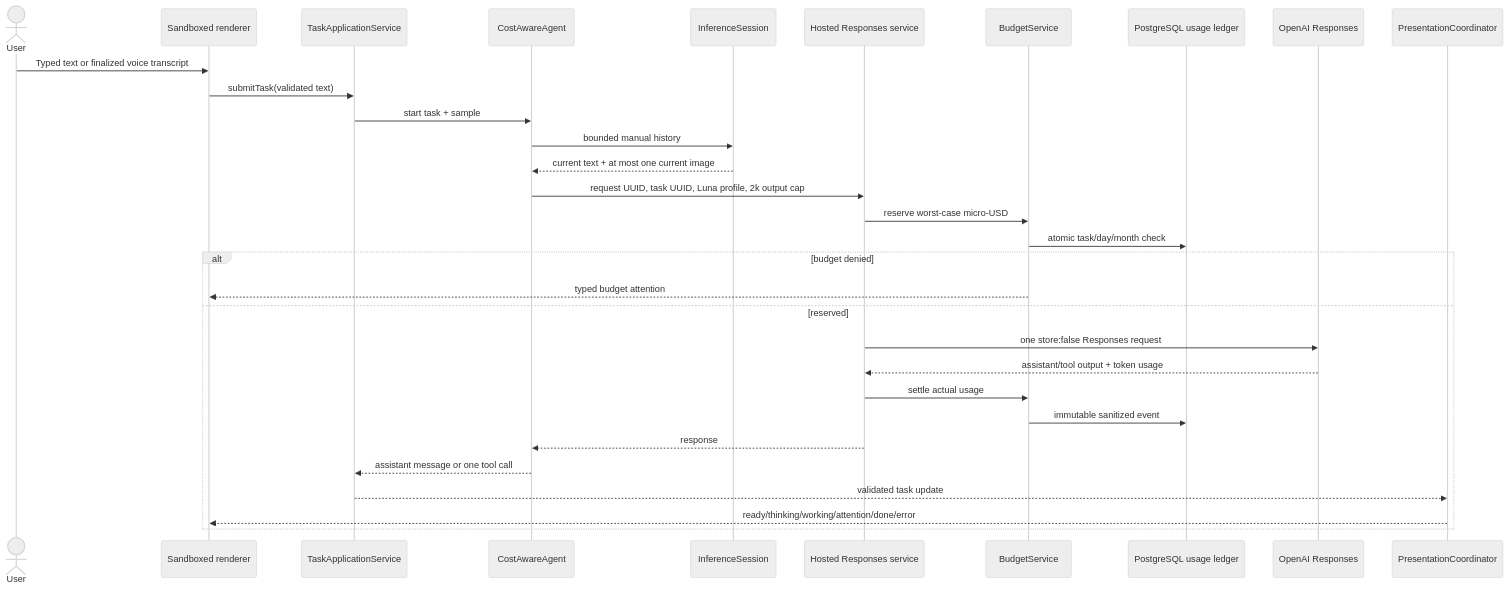
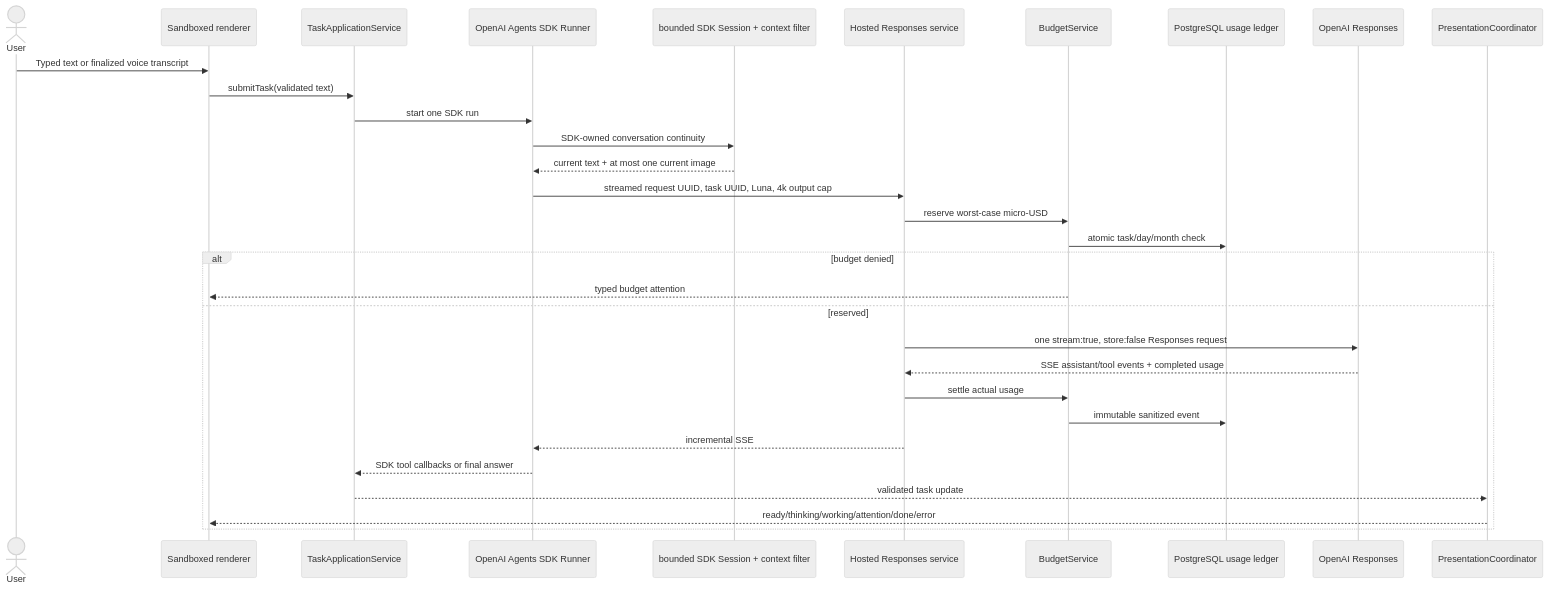
The first of 2 diagrams in docs/inference-cost-lifecycle.md (ducnguyen67201/TroCode), drawn with Mermaid (neutral theme) before and after one commit. The commit also changed other lines of this file and 103 other files, not shown here.

Commit message:
Port agent runtime to OpenAI Agents SDK

````diff
--- a/docs/inference-cost-lifecycle.md
+++ b/docs/inference-cost-lifecycle.md
@@ -9,34 +9,34 @@
 ```mermaid
 sequenceDiagram
     actor User
     participant UI as Sandboxed renderer
     participant App as TaskApplicationService
-    participant Agent as CostAwareAgent
-    participant Session as InferenceSession
+    participant Agent as OpenAI Agents SDK Runner
+    participant Session as bounded SDK Session + context filter
     participant API as Hosted Responses service
     participant Budget as BudgetService
     participant DB as PostgreSQL usage ledger
     participant Model as OpenAI Responses
     participant Present as PresentationCoordinator
 
     User->>UI: Typed text or finalized voice transcript
     UI->>App: submitTask(validated text)
-    App->>Agent: start task + sample
-    Agent->>Session: bounded manual history
+    App->>Agent: start one SDK run
+    Agent->>Session: SDK-owned conversation continuity
     Session-->>Agent: current text + at most one current image
-    Agent->>API: request UUID, task UUID, Luna profile, 2k output cap
+    Agent->>API: streamed request UUID, task UUID, Luna, 4k output cap
     API->>Budget: reserve worst-case micro-USD
     Budget->>DB: atomic task/day/month check
     alt budget denied
         Budget-->>UI: typed budget attention
     else reserved
-        API->>Model: one store:false Responses request
-        Model-->>API: assistant/tool output + token usage
+        API->>Model: one stream:true, store:false Responses request
+        Model-->>API: SSE assistant/tool events + completed usage
         API->>Budget: settle actual usage
         Budget->>DB: immutable sanitized event
-        API-->>Agent: response
-        Agent-->>App: assistant message or one tool call
+        API-->>Agent: incremental SSE
+        Agent-->>App: SDK tool callbacks or final answer
         App-->>Present: validated task update
         Present-->>UI: ready/thinking/working/attention/done/error
     end
 ```
````
